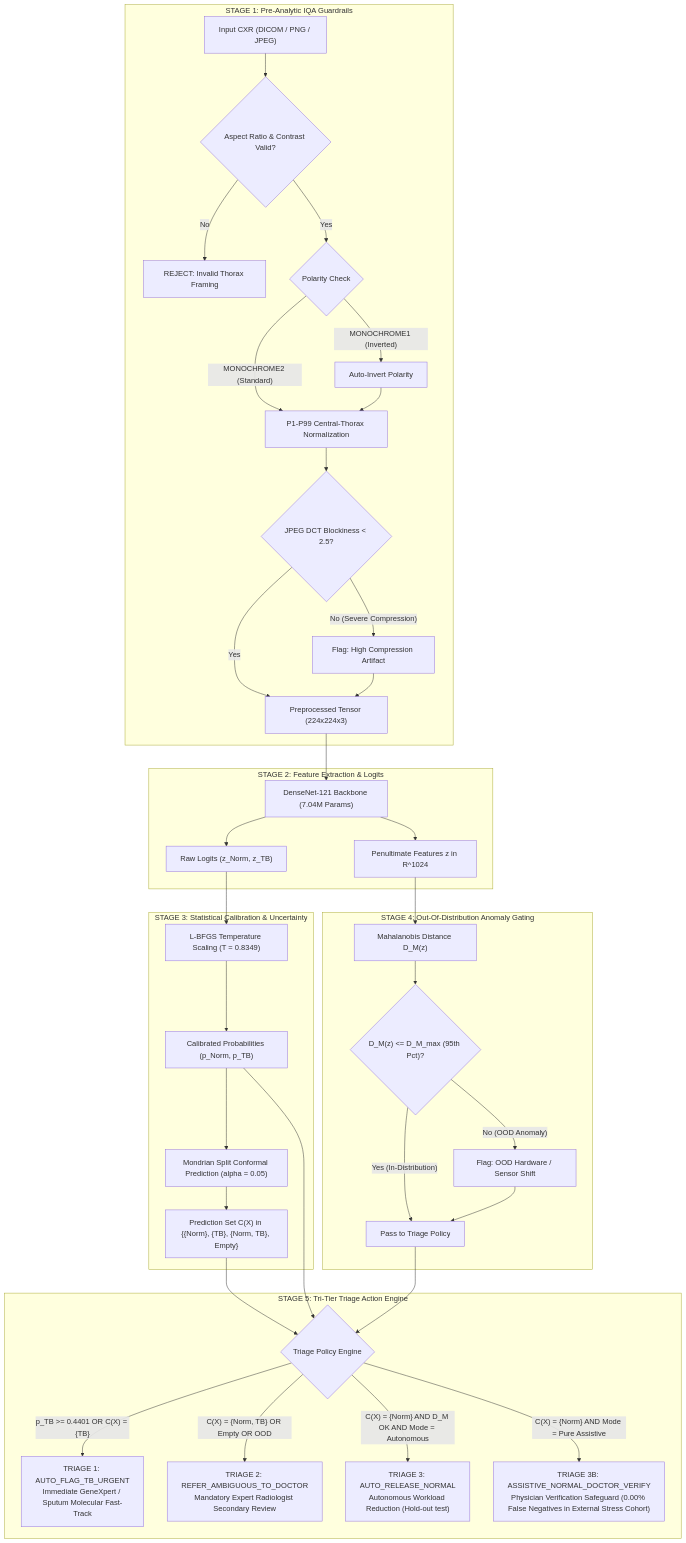
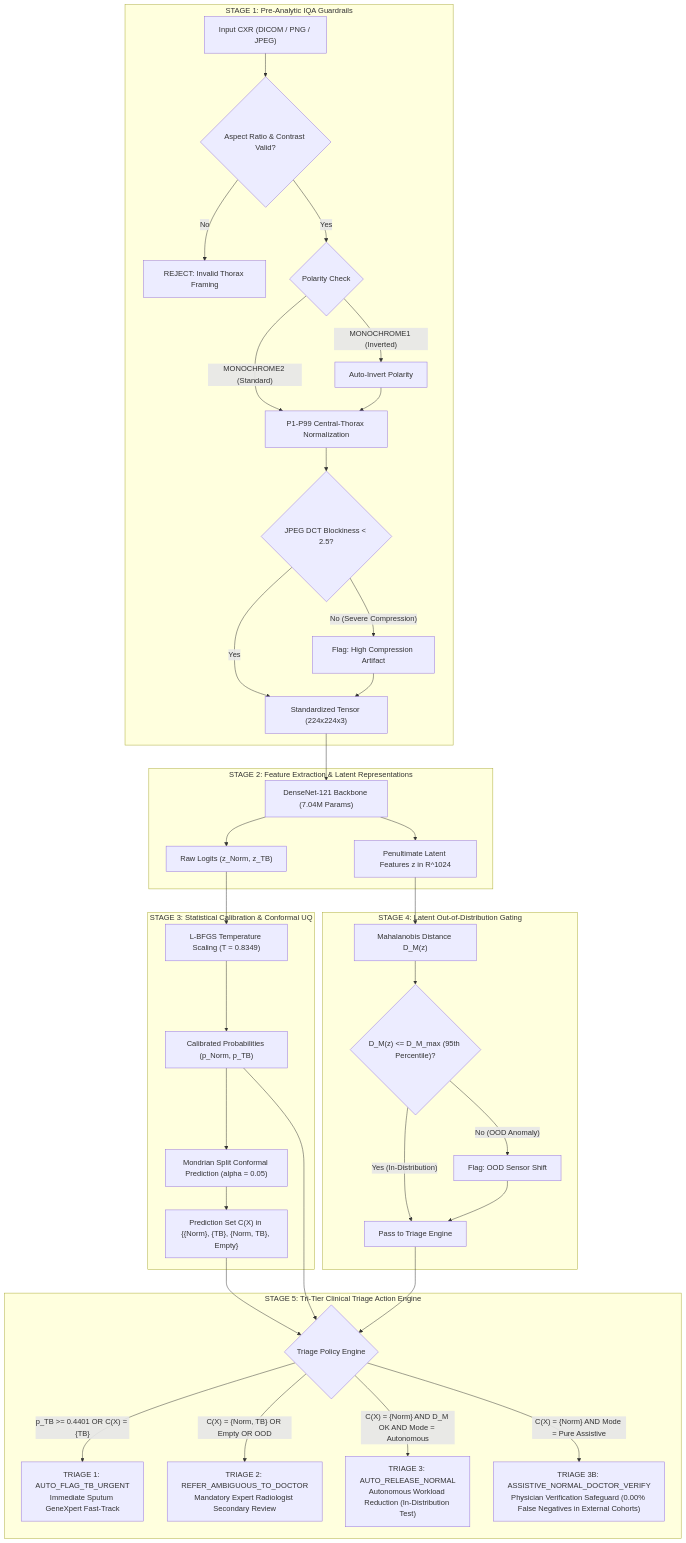
The diagram in README.md (SeraKah-1/tb-conformal-triage), drawn with Mermaid before and after one commit. The commit also changed other lines of this file, not shown here.

Commit message:
docs: modernize README with multi-cohort benchmark metrics and edge telemetry

````diff
--- a/README.md
+++ b/README.md
@@ -40,50 +59,50 @@
 ```mermaid
 flowchart TD
     subgraph S1["STAGE 1: Pre-Analytic IQA Guardrails"]
         A["Input CXR (DICOM / PNG / JPEG)"] --> B{"Aspect Ratio & Contrast Valid?"}
         B -- "No" --> B_Fail["REJECT: Invalid Thorax Framing"]
         B -- "Yes" --> C{"Polarity Check"}
         C -- "MONOCHROME1 (Inverted)" --> C_Fix["Auto-Invert Polarity"]
         C -- "MONOCHROME2 (Standard)" --> D["P1-P99 Central-Thorax Normalization"]
         C_Fix --> D
         D --> E{"JPEG DCT Blockiness < 2.5?"}
         E -- "No (Severe Compression)" --> E_Warn["Flag: High Compression Artifact"]
-        E -- "Yes" --> F["Preprocessed Tensor (224x224x3)"]
+        E -- "Yes" --> F["Standardized Tensor (224x224x3)"]
         E_Warn --> F
     end
 
-    subgraph S2["STAGE 2: Feature Extraction & Logits"]
+    subgraph S2["STAGE 2: Feature Extraction & Latent Representations"]
         F --> G["DenseNet-121 Backbone (7.04M Params)"]
-        G --> H["Penultimate Features z in R^1024"]
+        G --> H["Penultimate Latent Features z in R^1024"]
         G --> I["Raw Logits (z_Norm, z_TB)"]
     end
 
-    subgraph S3["STAGE 3: Statistical Calibration & Uncertainty"]
+    subgraph S3["STAGE 3: Statistical Calibration & Conformal UQ"]
         I --> J["L-BFGS Temperature Scaling (T = 0.8349)"]
         J --> K["Calibrated Probabilities (p_Norm, p_TB)"]
         K --> L["Mondrian Split Conformal Prediction (alpha = 0.05)"]
         L --> M["Prediction Set C(X) in {{Norm}, {TB}, {Norm, TB}, Empty}"]
     end
 
-    subgraph S4["STAGE 4: Out-Of-Distribution Anomaly Gating"]
+    subgraph S4["STAGE 4: Latent Out-of-Distribution Gating"]
         H --> N["Mahalanobis Distance D_M(z)"]
-        N --> O{"D_M(z) <= D_M_max (95th Pct)?"}
-        O -- "No (OOD Anomaly)" --> P["Flag: OOD Hardware / Sensor Shift"]
-        O -- "Yes (In-Distribution)" --> Q["Pass to Triage Policy"]
+        N --> O{"D_M(z) <= D_M_max (95th Percentile)?"}
+        O -- "No (OOD Anomaly)" --> P["Flag: OOD Sensor Shift"]
+        O -- "Yes (In-Distribution)" --> Q["Pass to Triage Engine"]
         P --> Q
     end
 
-    subgraph S5["STAGE 5: Tri-Tier Triage Action Engine"]
+    subgraph S5["STAGE 5: Tri-Tier Clinical Triage Action Engine"]
         M --> R{"Triage Policy Engine"}
         K --> R
         Q --> R
         R -- "p_TB >= 0.4401 OR C(X) = {TB}" --> T1["TRIAGE 1: AUTO_FLAG_TB_URGENT
-Immediate GeneXpert / Sputum Molecular Fast-Track"]
+Immediate Sputum GeneXpert Fast-Track"]
         R -- "C(X) = {Norm, TB} OR Empty OR OOD" --> T2["TRIAGE 2: REFER_AMBIGUOUS_TO_DOCTOR
 Mandatory Expert Radiologist Secondary Review"]
         R -- "C(X) = {Norm} AND D_M OK AND Mode = Autonomous" --> T3["TRIAGE 3: AUTO_RELEASE_NORMAL
-Autonomous Workload Reduction (Hold-out test)"]
+Autonomous Workload Reduction (In-Distribution Test)"]
         R -- "C(X) = {Norm} AND Mode = Pure Assistive" --> T4["TRIAGE 3B: ASSISTIVE_NORMAL_DOCTOR_VERIFY
-Physician Verification Safeguard (0.00% False Negatives in External Stress Cohort)"]
+Physician Verification Safeguard (0.00% False Negatives in External Cohorts)"]
     end
 ```
````
